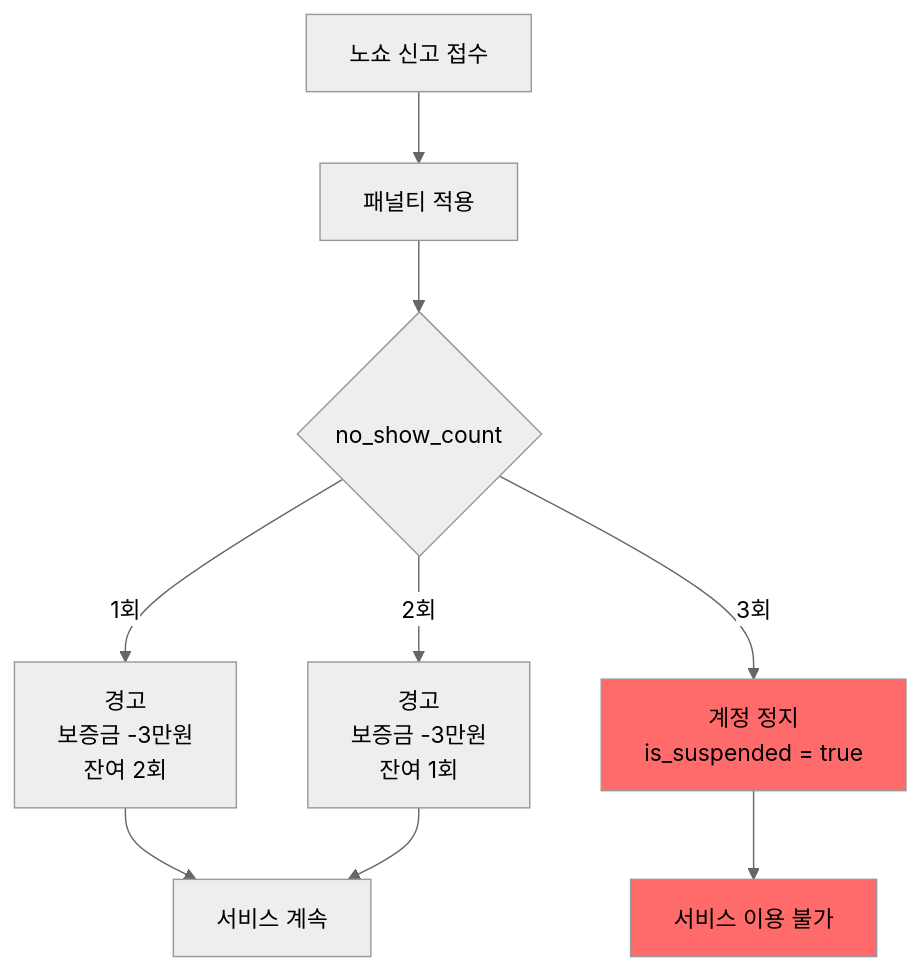
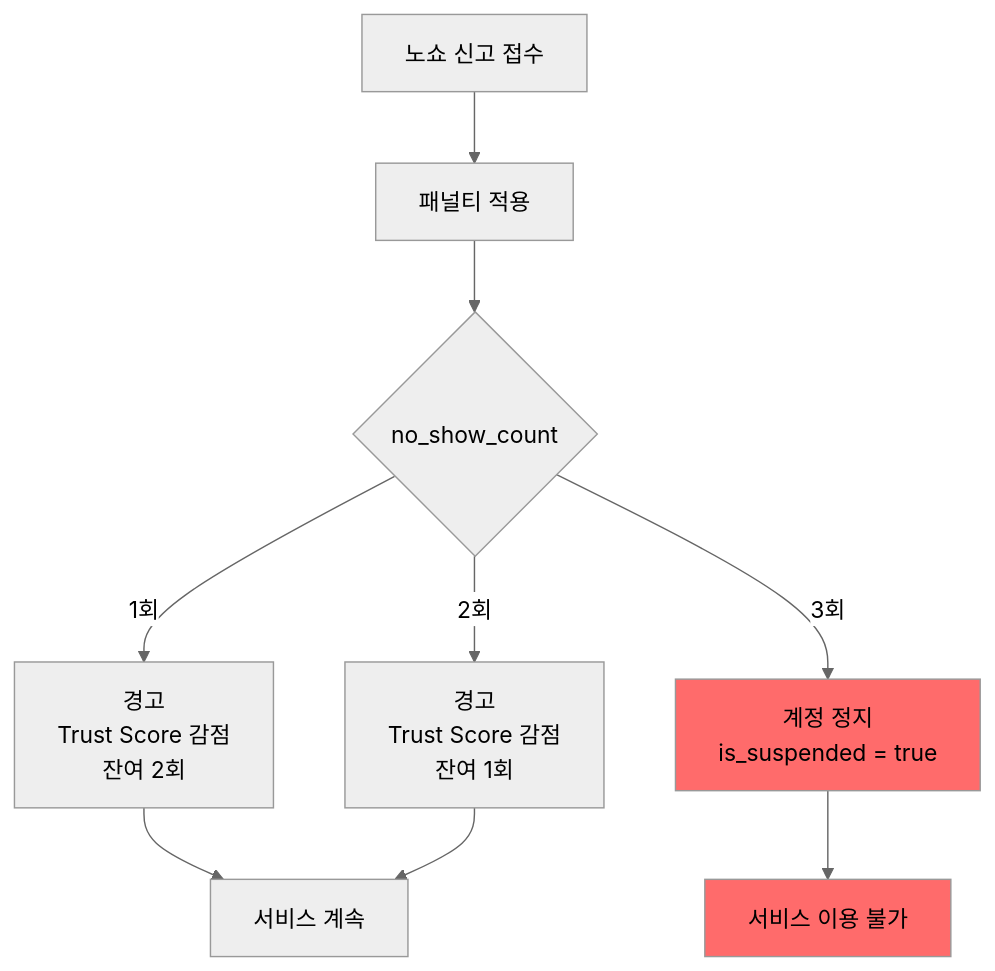
The fifth of 7 diagrams in README.md (MaduJoe/PilaMatch), drawn with Mermaid (neutral theme) before and after one commit. The commit also changed other lines of this file and 1 other file, not shown here.

````diff
--- a/README.md
+++ b/README.md
@@ -1409,16 +1252,16 @@
 ```mermaid
 flowchart TD
     A[노쇼 신고 접수] --> B[패널티 적용]
     B --> C{no_show_count}
 
-    C -->|1회| D[경고<br/>보증금 -3만원<br/>잔여 2회]
-    C -->|2회| E[경고<br/>보증금 -3만원<br/>잔여 1회]
+    C -->|1회| D[경고<br/>Trust Score 감점<br/>잔여 2회]
+    C -->|2회| E[경고<br/>Trust Score 감점<br/>잔여 1회]
     C -->|3회| F[계정 정지<br/>is_suspended = true]
 
     D --> G[서비스 계속]
     E --> G
     F --> H[서비스 이용 불가]
 
     style F fill:#ff6b6b
     style H fill:#ff6b6b
 ```
````
